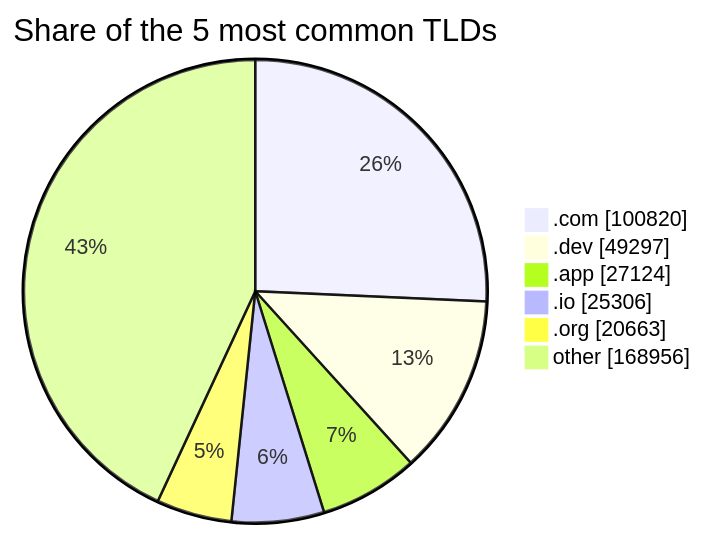
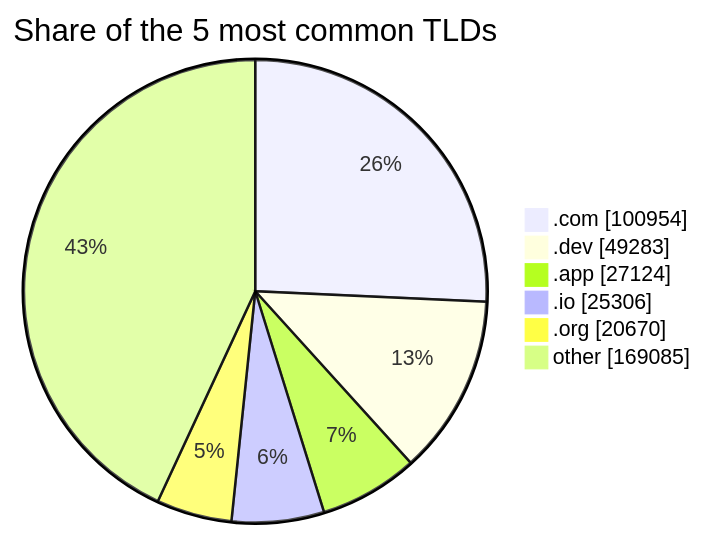
One commit to DNSBunker/CTI changed the third of 3 diagrams in README.md. Above: the diagram before and after it, drawn with Mermaid. The commit also changed other lines of this file and 3 other files, not shown here.

````diff
--- a/README.md
+++ b/README.md
@@ -81,9 +81,9 @@
 ```mermaid
 pie showData title Share of the 5 most common TLDs
-    ".com" : 100820
-    ".dev" : 49297
+    ".com" : 100954
+    ".dev" : 49283
     ".app" : 27124
     ".io" : 25306
-    ".org" : 20663
-    "other" : 168956
+    ".org" : 20670
+    "other" : 169085
 ```
````
